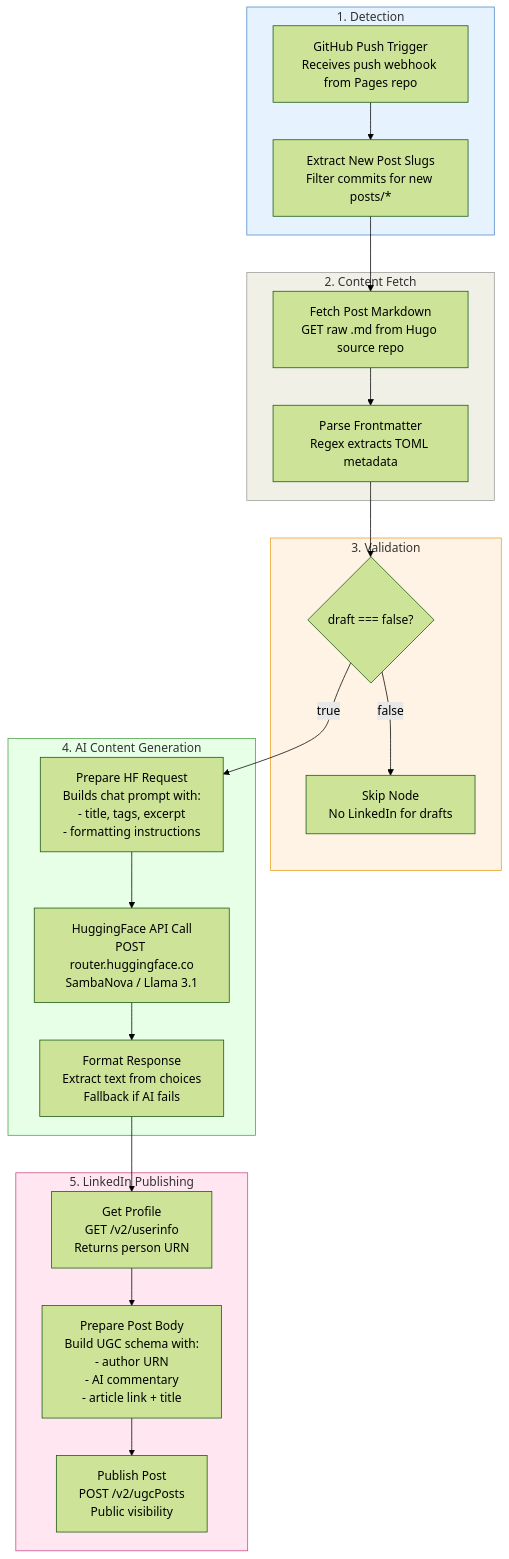
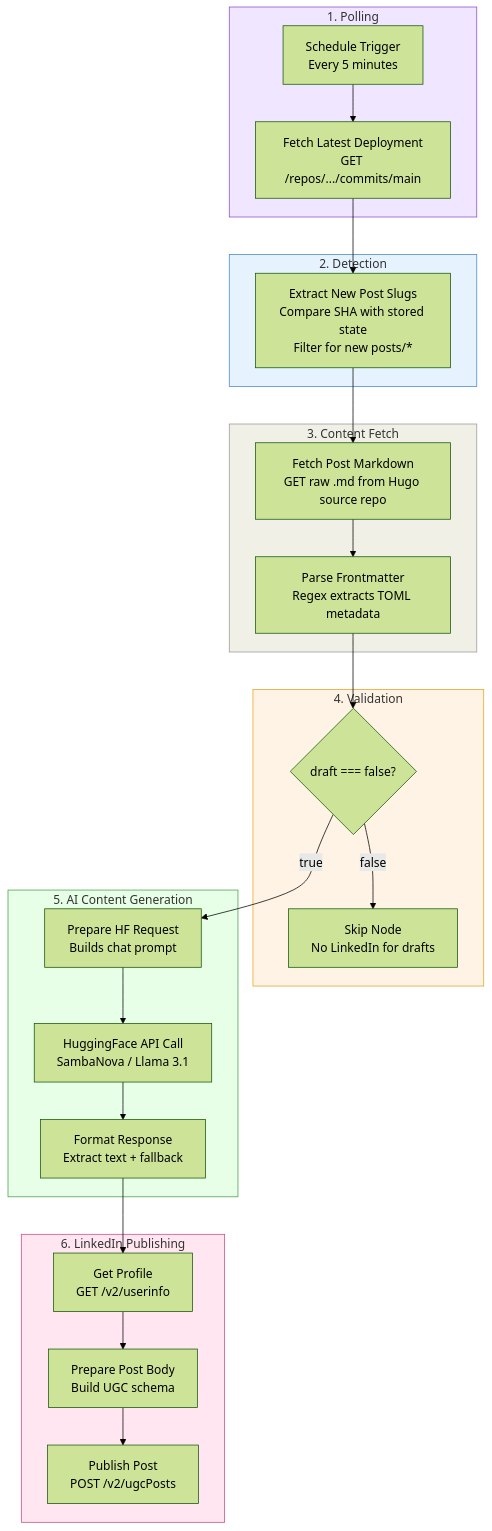
Before and after one commit to thatsmeadarsh/n8n-powered-auto-web-publish: the fourth of 7 diagrams in docs/architecture.md, drawn with Mermaid (forest theme). The commit also changed other lines of this file and 4 other files, not shown here.

First line of the commit message:
Switch from webhook trigger to polling for corporate network compatibility

````diff
--- a/docs/architecture.md
+++ b/docs/architecture.md
@@ -219,41 +212,46 @@
 ```mermaid
 graph TD
-    subgraph Detection["1. Detection"]
-        GT[GitHub Push Trigger<br/>Receives push webhook from Pages repo]
-        ES[Extract New Post Slugs<br/>Filter commits for new posts/*]
+    subgraph Polling["1. Polling"]
+        ST[Schedule Trigger<br/>Every 5 minutes]
+        FD[Fetch Latest Deployment<br/>GET /repos/.../commits/main]
     end
 
-    subgraph Fetch["2. Content Fetch"]
+    subgraph Detection["2. Detection"]
+        ES[Extract New Post Slugs<br/>Compare SHA with stored state<br/>Filter for new posts/*]
+    end
+
+    subgraph Fetch["3. Content Fetch"]
         FM[Fetch Post Markdown<br/>GET raw .md from Hugo source repo]
         PF[Parse Frontmatter<br/>Regex extracts TOML metadata]
     end
 
-    subgraph Validation["3. Validation"]
+    subgraph Validation["4. Validation"]
         DC{draft === false?}
         SK[Skip Node<br/>No LinkedIn for drafts]
     end
 
-    subgraph AIGeneration["4. AI Content Generation"]
-        PR[Prepare HF Request<br/>Builds chat prompt with:<br/>- title, tags, excerpt<br/>- formatting instructions]
-        HF[HuggingFace API Call<br/>POST router.huggingface.co<br/>SambaNova / Llama 3.1]
-        FL[Format Response<br/>Extract text from choices<br/>Fallback if AI fails]
+    subgraph AIGeneration["5. AI Content Generation"]
+        PR[Prepare HF Request<br/>Builds chat prompt]
+        HF[HuggingFace API Call<br/>SambaNova / Llama 3.1]
+        FL[Format Response<br/>Extract text + fallback]
     end
 
-    subgraph LinkedInPublish["5. LinkedIn Publishing"]
-        GL[Get Profile<br/>GET /v2/userinfo<br/>Returns person URN]
-        PL[Prepare Post Body<br/>Build UGC schema with:<br/>- author URN<br/>- AI commentary<br/>- article link + title]
-        LI[Publish Post<br/>POST /v2/ugcPosts<br/>Public visibility]
+    subgraph LinkedInPublish["6. LinkedIn Publishing"]
+        GL[Get Profile<br/>GET /v2/userinfo]
+        PL[Prepare Post Body<br/>Build UGC schema]
+        LI[Publish Post<br/>POST /v2/ugcPosts]
     end
 
-    GT --> ES --> FM --> PF --> DC
+    ST --> FD --> ES --> FM --> PF --> DC
     DC -->|true| PR
     DC -->|false| SK
     PR --> HF --> FL
     FL --> GL --> PL --> LI
 
+    style Polling fill:#f0e6ff,stroke:#8a4ac8
     style Detection fill:#e6f3ff,stroke:#4a86c8
     style Fetch fill:#f0f0e6,stroke:#999
     style Validation fill:#fff3e6,stroke:#e8a020
     style AIGeneration fill:#e6ffe6,stroke:#4a9e4a
     style LinkedInPublish fill:#ffe6f0,stroke:#c84a86
 ```
````
